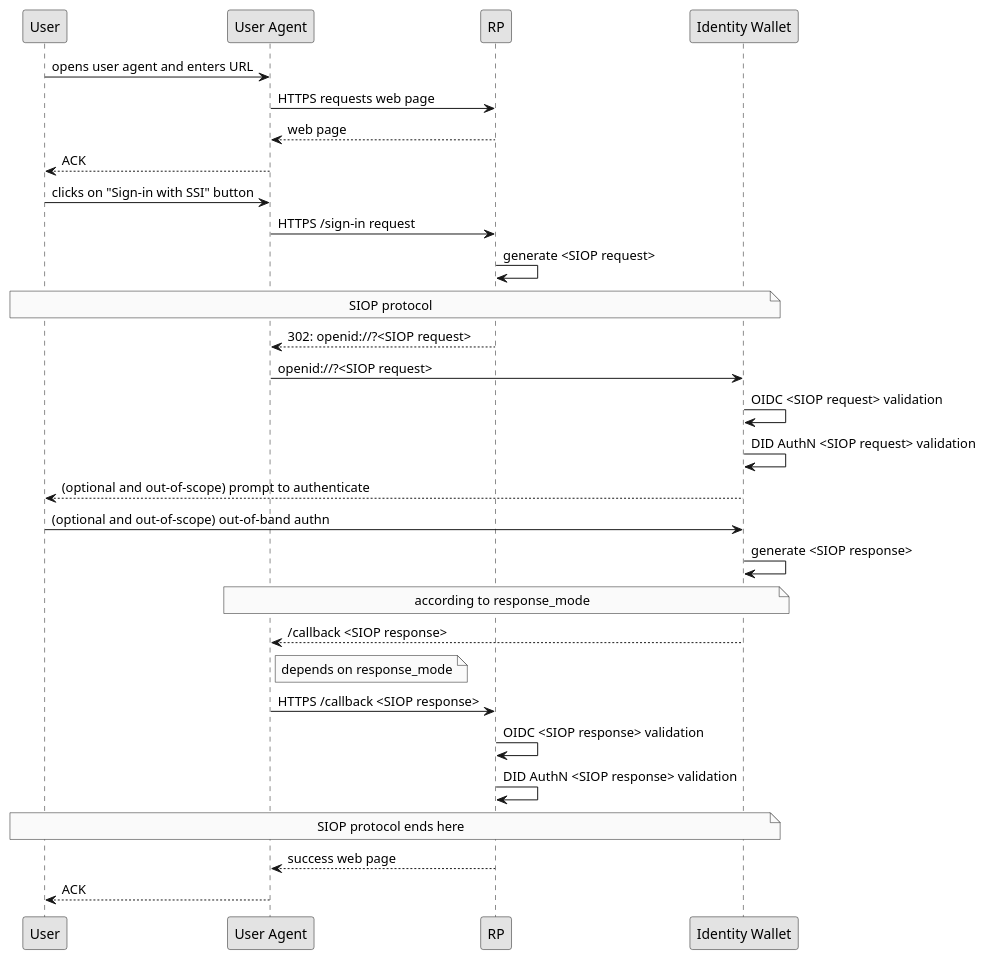
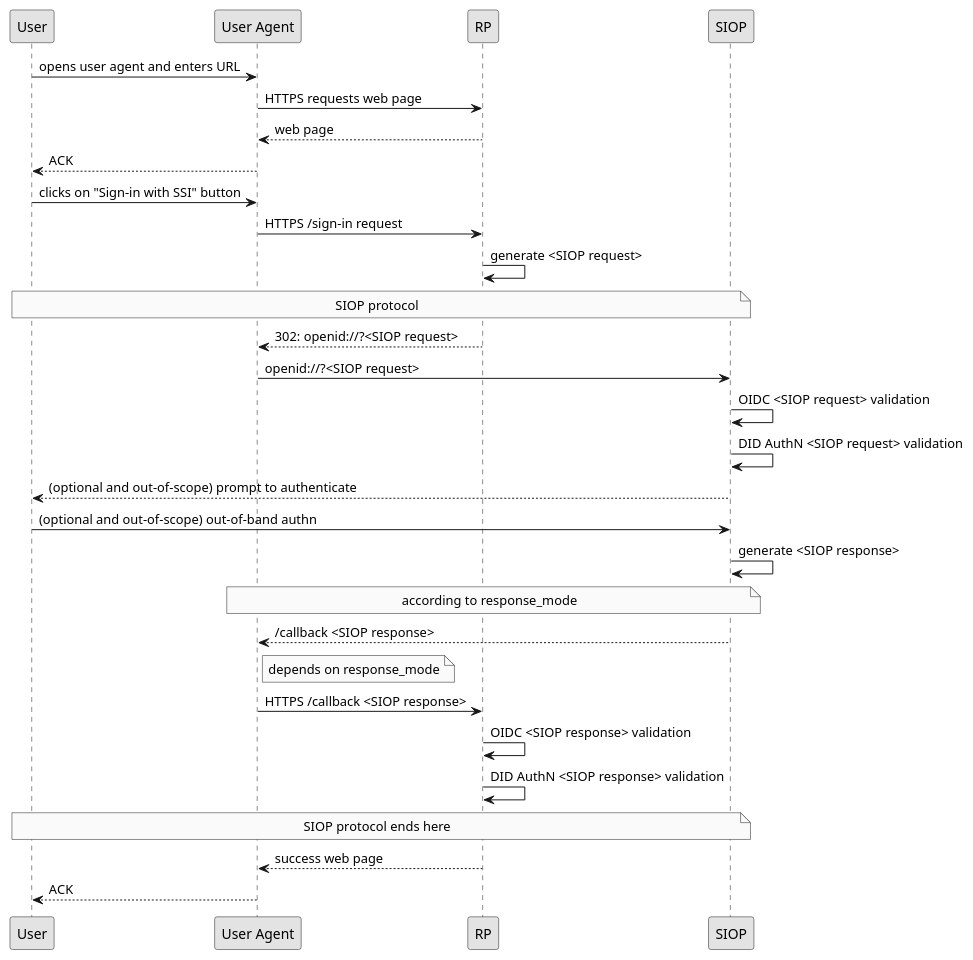
The diagram in did-authn/siop/assets/did-authn-siop-profile-flow.plantuml (decentralized-identity/papers), drawn with PlantUML before and after one commit. The commit also changed 2 other files, not shown here.

```diff
--- a/did-authn/siop/assets/did-authn-siop-profile-flow.plantuml
+++ b/did-authn/siop/assets/did-authn-siop-profile-flow.plantuml
@@ -1,38 +1,38 @@
 @startuml
 
 skinparam monochrome true
 
 participant User as User
 participant "User Agent" as UA
 participant RP as RP
-participant "Identity Wallet" as IW
+participant "SIOP" as IW
 
 User -> UA : opens user agent and enters URL
 UA -> RP : HTTPS requests web page
 RP --> UA : web page
 UA --> User : ACK
 User -> UA : clicks on "Sign-in with SSI" button
 UA -> RP : HTTPS /sign-in request
 RP -> RP : generate <SIOP request>
 
 Note over User, IW: SIOP protocol
 RP --> UA : 302: openid://?<SIOP request>
 UA -> IW :  openid://?<SIOP request>
 IW -> IW : OIDC <SIOP request> validation
 IW -> IW : DID AuthN <SIOP request> validation
 IW --> User : (optional and out-of-scope) prompt to authenticate
 User -> IW : (optional and out-of-scope) out-of-band authn
 IW -> IW : generate <SIOP response>
 Note over IW, UA: according to response_mode
 IW --> UA : /callback <SIOP response>
 
 Note right of UA: depends on response_mode
 UA -> RP : HTTPS /callback <SIOP response>
 RP -> RP : OIDC <SIOP response> validation
 RP -> RP : DID AuthN <SIOP response> validation
 
 Note over User, IW: SIOP protocol ends here
 
 RP --> UA : success web page
 UA --> User : ACK
 @enduml
```
